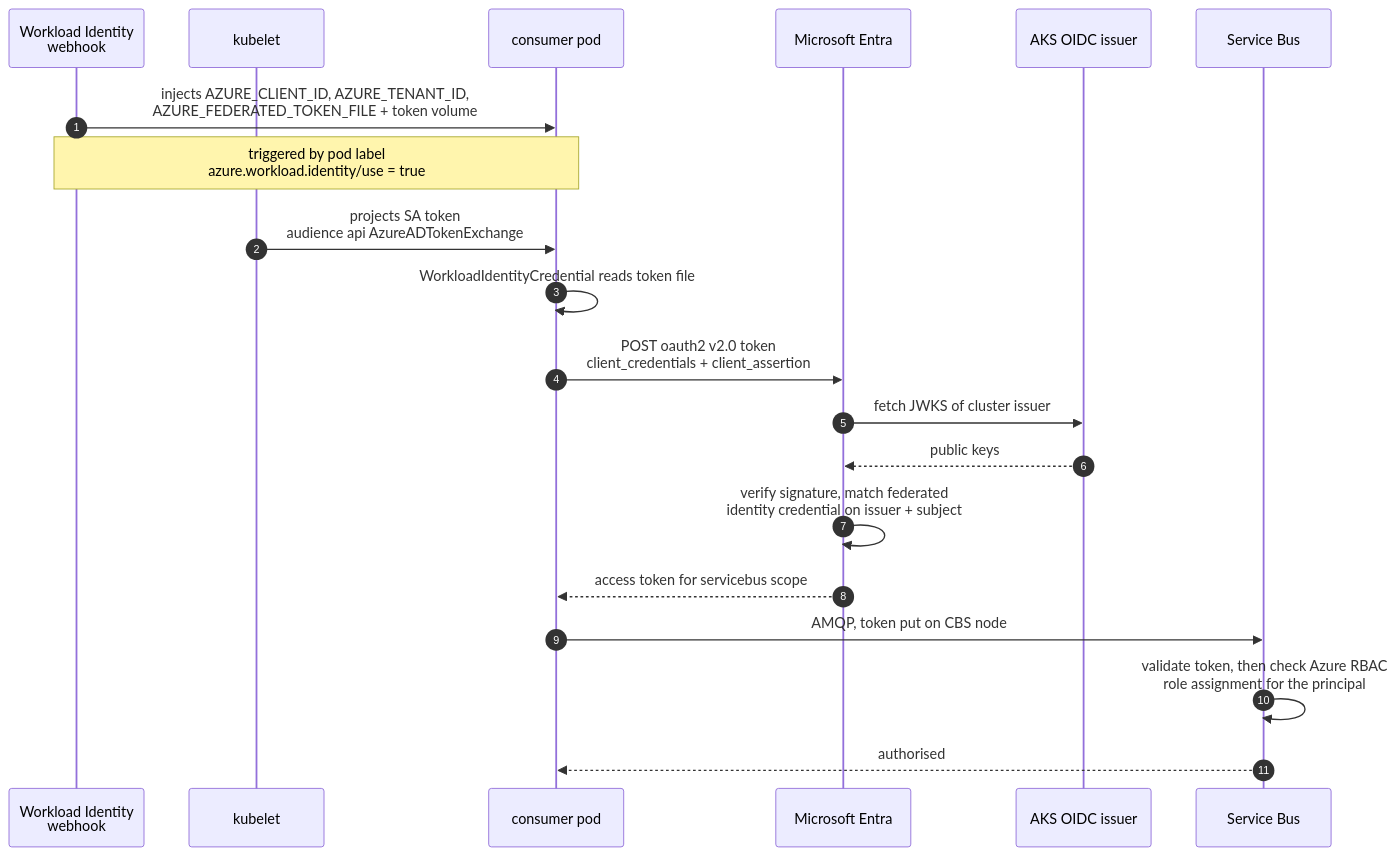
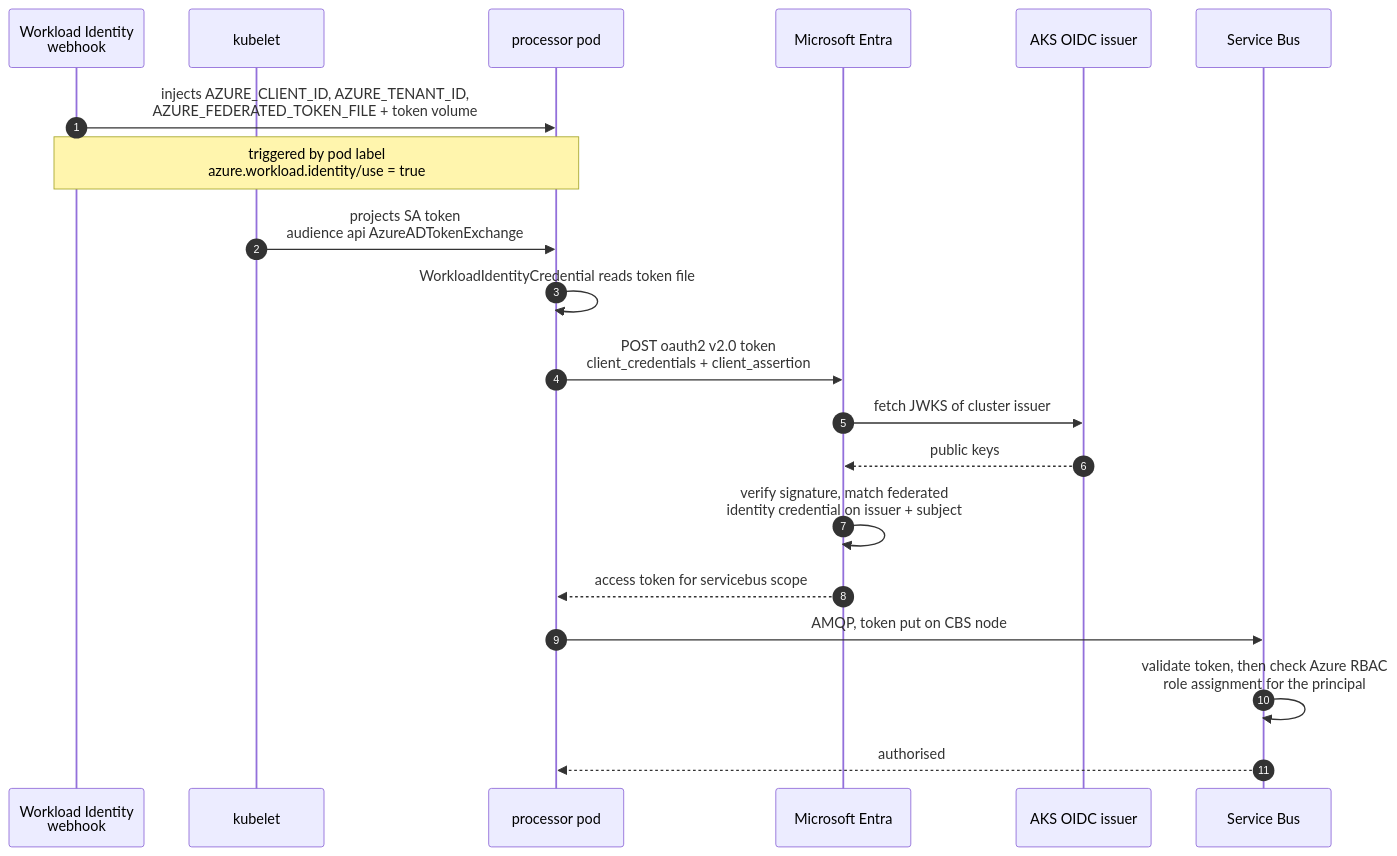
One commit to Azure-Samples/portability-patterns-library changed the first of 4 diagrams in samples/OrderManagementApp/docs/workload-identity.md. Above: the diagram before and after it, drawn with Mermaid. The commit also changed other lines of this file and 132 other files, not shown here.

````diff
--- a/samples/OrderManagementApp/docs/workload-identity.md
+++ b/samples/OrderManagementApp/docs/workload-identity.md
@@ -143,26 +146,26 @@
 ```mermaid
 sequenceDiagram
     autonumber
     participant WH as Workload Identity<br/>webhook
     participant KL as kubelet
-    participant POD as consumer pod
+    participant POD as processor pod
     participant ENT as Microsoft Entra
     participant AKS as AKS OIDC issuer
     participant SB as Service Bus
 
     WH->>POD: injects AZURE_CLIENT_ID, AZURE_TENANT_ID,<br/>AZURE_FEDERATED_TOKEN_FILE + token volume
     Note over WH,POD: triggered by pod label<br/>azure.workload.identity/use = true
 
     KL->>POD: projects SA token<br/>audience api AzureADTokenExchange
 
     POD->>POD: WorkloadIdentityCredential reads token file
     POD->>ENT: POST oauth2 v2.0 token<br/>client_credentials + client_assertion
     ENT->>AKS: fetch JWKS of cluster issuer
     AKS-->>ENT: public keys
     ENT->>ENT: verify signature, match federated<br/>identity credential on issuer + subject
     ENT-->>POD: access token for servicebus scope
 
     POD->>SB: AMQP, token put on CBS node
     SB->>SB: validate token, then check Azure RBAC<br/>role assignment for the principal
     SB-->>POD: authorised
 ```
````
